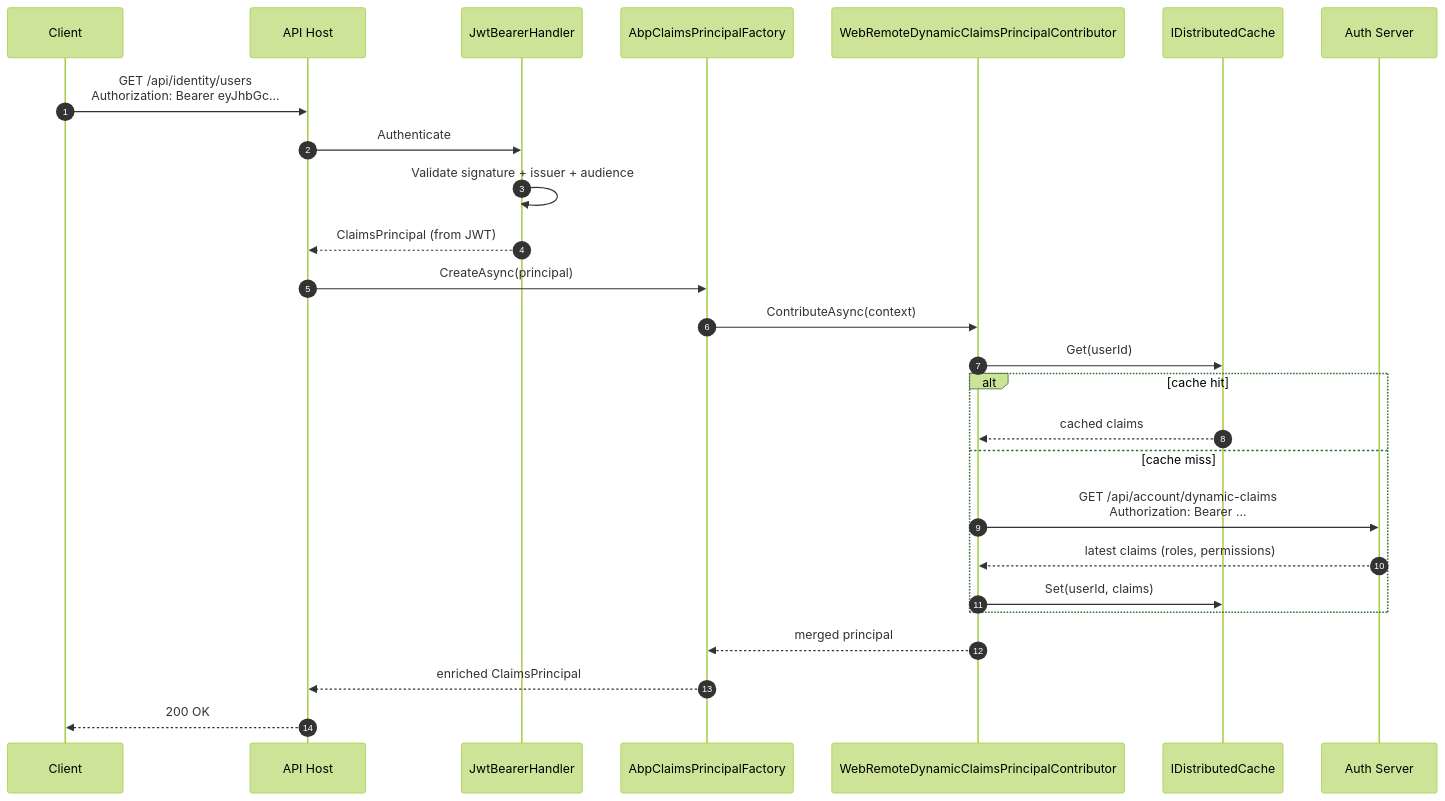
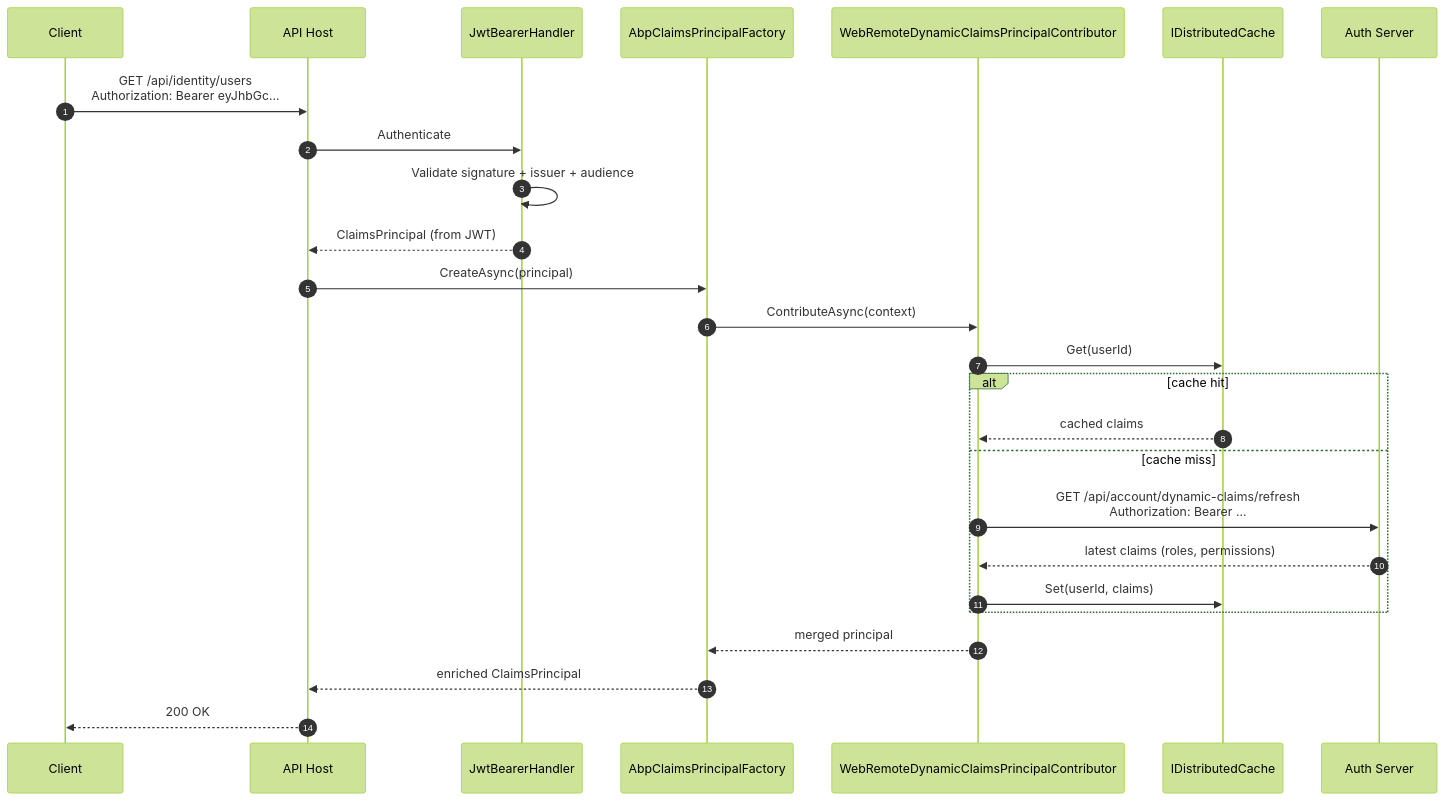
Before and after one commit to mintlify-atlas/docs-wiki-d74bb1cc: the diagram in auth/jwt-bearer.mdx, drawn with Mermaid (forest theme). The commit also changed other lines of this file and 77 other files, not shown here.

Commit message:
docs: review pass — accuracy audit, source verification, and added flow pages

````diff
--- a/auth/jwt-bearer.mdx
+++ b/auth/jwt-bearer.mdx
@@ -290,29 +304,29 @@
 ```mermaid
 sequenceDiagram
     autonumber
     participant C as Client
     participant API as API Host
     participant JBH as JwtBearerHandler
     participant CPF as AbpClaimsPrincipalFactory
     participant DC as WebRemoteDynamicClaimsPrincipalContributor
     participant Cache as IDistributedCache
     participant AS as Auth Server
 
     C->>API: GET /api/identity/users<br/>Authorization: Bearer eyJhbGc...
     API->>JBH: Authenticate
     JBH->>JBH: Validate signature + issuer + audience
     JBH-->>API: ClaimsPrincipal (from JWT)
     API->>CPF: CreateAsync(principal)
     CPF->>DC: ContributeAsync(context)
     DC->>Cache: Get(userId)
     alt cache hit
         Cache-->>DC: cached claims
     else cache miss
-        DC->>AS: GET /api/account/dynamic-claims<br/>Authorization: Bearer ...
+        DC->>AS: GET /api/account/dynamic-claims/refresh<br/>Authorization: Bearer ...
         AS-->>DC: latest claims (roles, permissions)
         DC->>Cache: Set(userId, claims)
     end
     DC-->>CPF: merged principal
     CPF-->>API: enriched ClaimsPrincipal
     API-->>C: 200 OK
 ```
````
